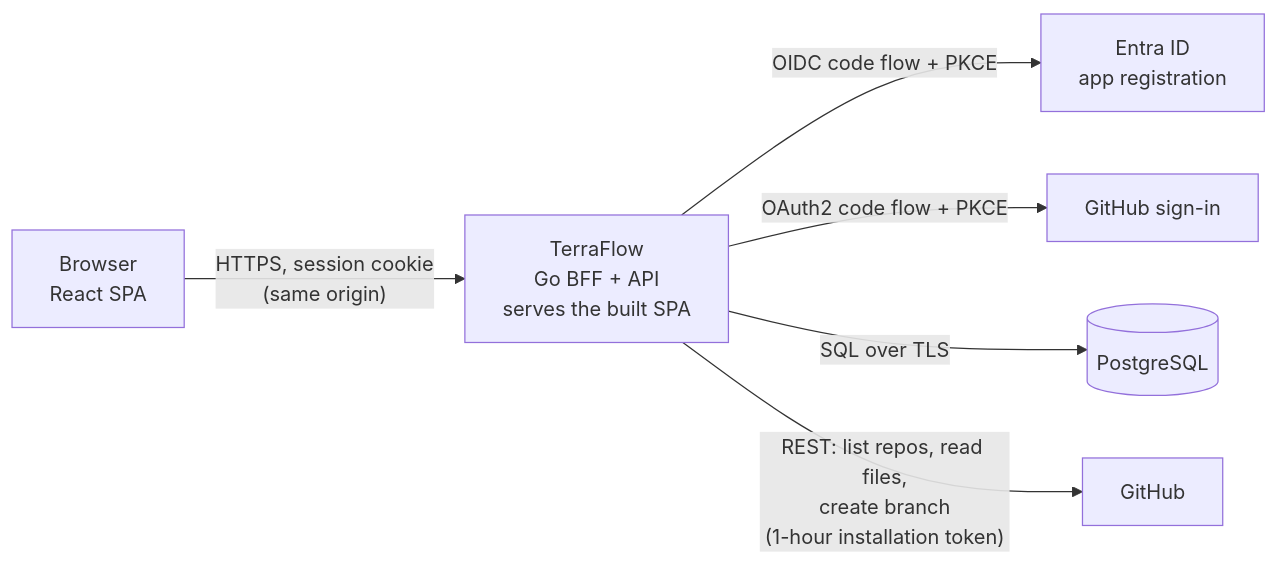
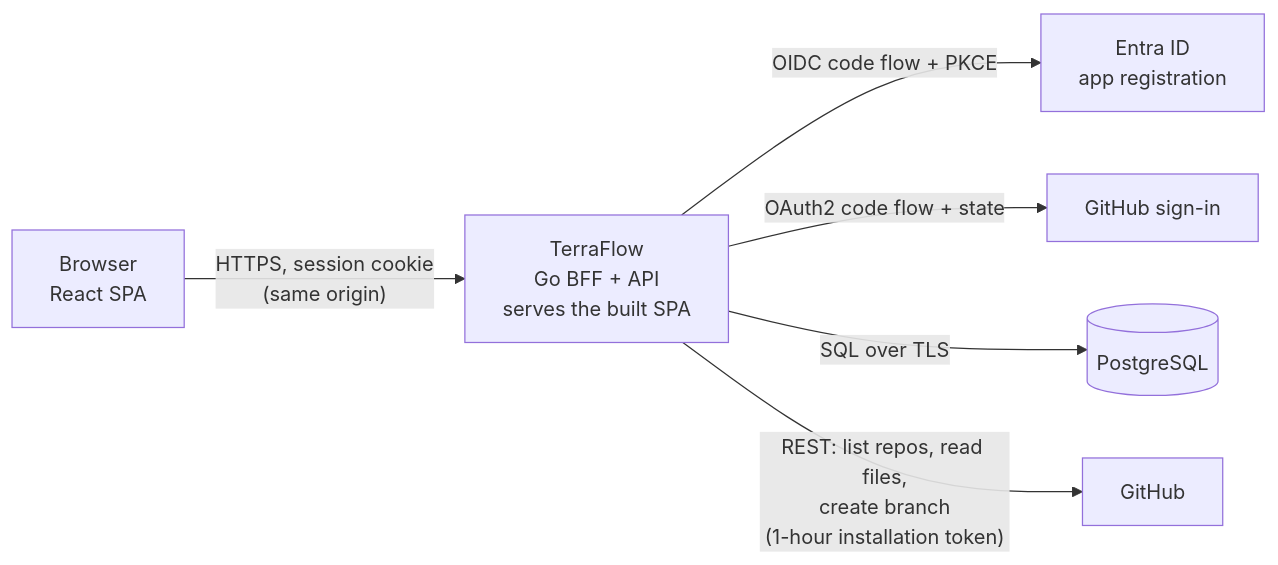
One commit to Anmewzaa/TerraFlow changed the diagram in docs/02-tech-stack.md. Above: the diagram before and after it, drawn with Mermaid. The commit also changed 8 other files, not shown here.

````diff
--- a/docs/02-tech-stack.md
+++ b/docs/02-tech-stack.md
@@ -7,11 +7,11 @@
 ```mermaid
 flowchart LR
     U[Browser<br/>React SPA] -- "HTTPS, session cookie<br/>(same origin)" --> T
 
     T[TerraFlow<br/>Go BFF + API<br/>serves the built SPA]
 
     T -- "OIDC code flow + PKCE" --> E[Entra ID<br/>app registration]
-    T -- "OAuth2 code flow + PKCE" --> H[GitHub sign-in]
+    T -- "OAuth2 code flow + state" --> H[GitHub sign-in]
     T -- "SQL over TLS" --> P[(PostgreSQL)]
     T -- "REST: list repos, read files,<br/>create branch<br/>(1-hour installation token)" --> G[GitHub]
 ```
````
